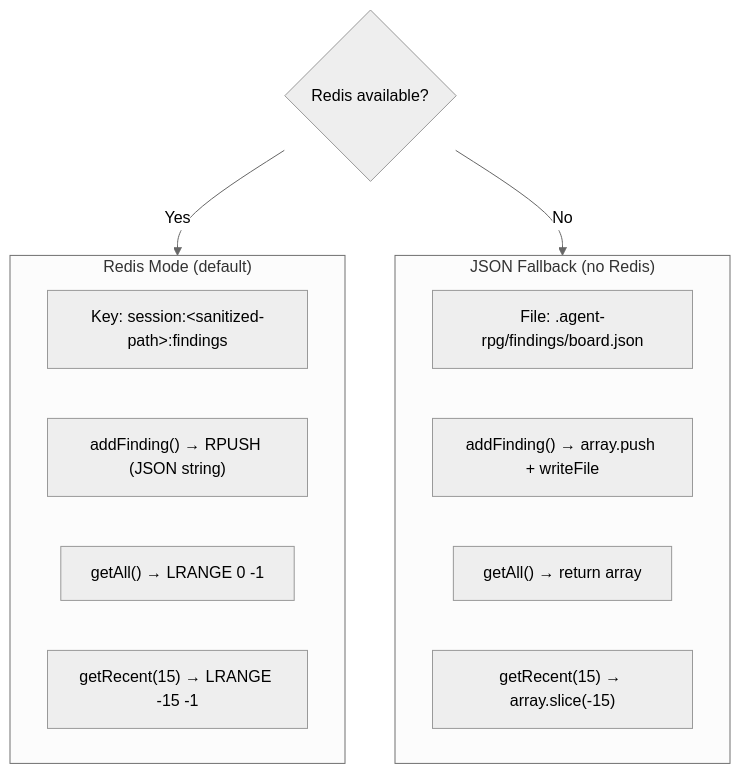
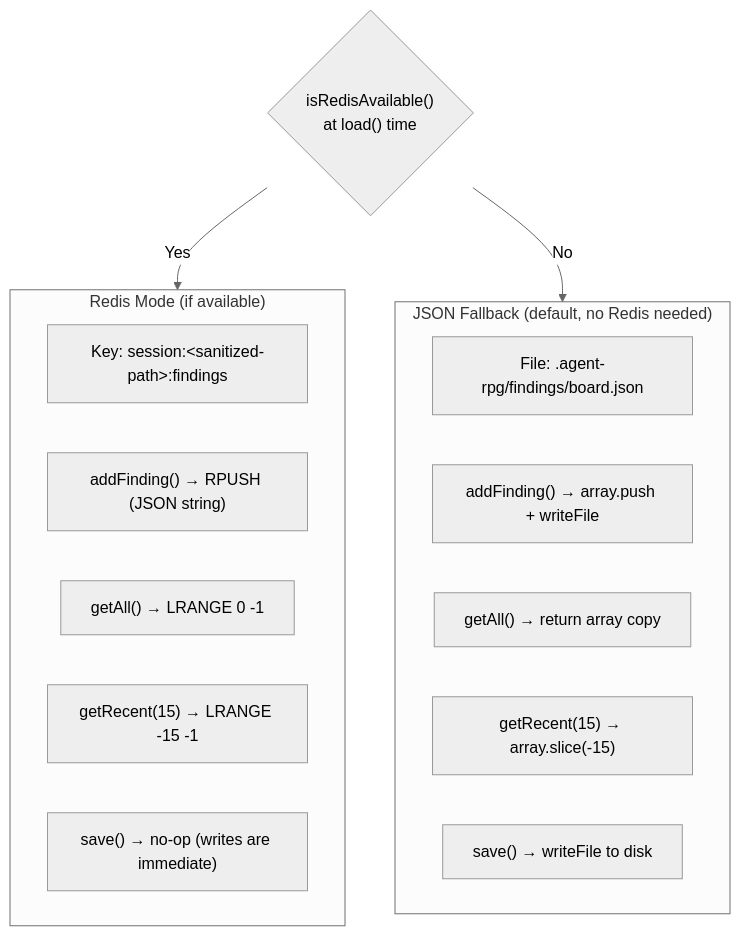
The fifth of 9 diagrams in docs/diagrams/data-persistence.md (Human-Agency-Hackathon/AI-Interfaces-Feb-2026), drawn with Mermaid (neutral theme) before and after one commit. The commit also changed other lines of this file and 13 other files, not shown here.

First line of the commit message:
docs: update diagrams to match current codebase

````diff
--- a/docs/diagrams/data-persistence.md
+++ b/docs/diagrams/data-persistence.md
@@ -112,19 +112,21 @@
 ```mermaid
 graph TD
-    subgraph RedisMode ["Redis Mode (default)"]
+    subgraph RedisMode ["Redis Mode (if available)"]
         Key["Key: session:&lt;sanitized-path&gt;:findings"]
         Write1["addFinding() → RPUSH (JSON string)"]
         Read1["getAll() → LRANGE 0 -1"]
         Recent1["getRecent(15) → LRANGE -15 -1"]
+        Save1["save() → no-op (writes are immediate)"]
     end
 
-    subgraph JSONMode ["JSON Fallback (no Redis)"]
+    subgraph JSONMode ["JSON Fallback (default, no Redis needed)"]
         File["File: .agent-rpg/findings/board.json"]
         Write2["addFinding() → array.push + writeFile"]
-        Read2["getAll() → return array"]
+        Read2["getAll() → return array copy"]
         Recent2["getRecent(15) → array.slice(-15)"]
+        Save2["save() → writeFile to disk"]
     end
 
-    Check{"Redis available?"} -->|"Yes"| RedisMode
+    Check{"isRedisAvailable()<br/>at load() time"} -->|"Yes"| RedisMode
     Check -->|"No"| JSONMode
 ```
````
